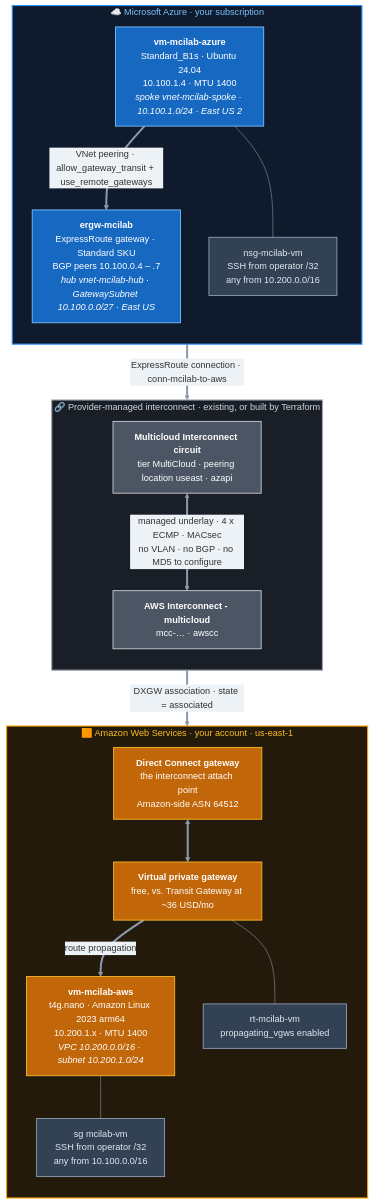
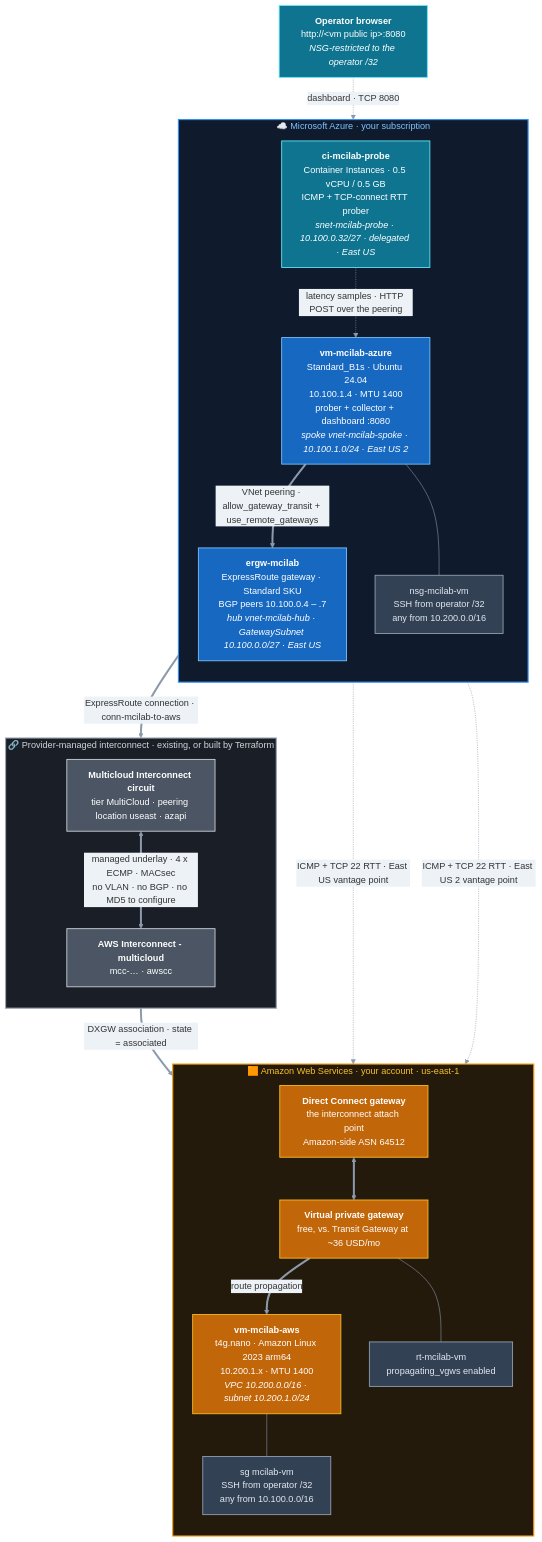
Before and after one commit to dmauser/azure-aws-interconnect-lab: the diagram in README.md, drawn with Mermaid. The commit also changed other lines of this file and 21 other files, not shown here.

````diff
--- a/README.md
+++ b/README.md
@@ -58,45 +59,54 @@
 ```mermaid
 %%{init: {"theme":"base","themeVariables":{"fontFamily":"Segoe UI, Helvetica, Arial, sans-serif","lineColor":"#8C9AAB","edgeLabelBackground":"#EDF2F7"}}}%%
 flowchart TB
     classDef azure  fill:#1668C1,stroke:#7CC3FF,stroke-width:1.5px,color:#FFFFFF
     classDef aws    fill:#C2660A,stroke:#FBBF24,stroke-width:1.5px,color:#FFFFFF
     classDef fabric fill:#4B5563,stroke:#D1D5DB,stroke-width:1.5px,color:#FFFFFF
     classDef net    fill:#334155,stroke:#94A3B8,stroke-width:1.5px,color:#E2E8F0
+    classDef probe  fill:#0E7490,stroke:#67E8F9,stroke-width:1.5px,color:#FFFFFF
+
+    OPERATOR["<b>Operator browser</b><br/>http://&lt;vm public ip&gt;:8080<br/><i>NSG-restricted to the operator /32</i>"]:::probe
 
     subgraph AZURE["☁️ Microsoft Azure · your subscription"]
         direction TB
-        AZVM["<b>vm-mcilab-azure</b><br/>Standard_B1s · Ubuntu 24.04<br/>10.100.1.4 · MTU 1400<br/><i>spoke vnet-mcilab-spoke · 10.100.1.0/24 · East US 2</i>"]:::azure
+        AZVM["<b>vm-mcilab-azure</b><br/>Standard_B1s · Ubuntu 24.04<br/>10.100.1.4 · MTU 1400<br/>prober + collector + dashboard :8080<br/><i>spoke vnet-mcilab-spoke · 10.100.1.0/24 · East US 2</i>"]:::azure
         ERGW["<b>ergw-mcilab</b><br/>ExpressRoute gateway · Standard SKU<br/>BGP peers 10.100.0.4 – .7<br/><i>hub vnet-mcilab-hub · GatewaySubnet 10.100.0.0/27 · East US</i>"]:::azure
+        ACIPROBE["<b>ci-mcilab-probe</b><br/>Container Instances · 0.5 vCPU / 0.5 GB<br/>ICMP + TCP-connect RTT prober<br/><i>snet-mcilab-probe · 10.100.0.32/27 · delegated · East US</i>"]:::probe
         AZSEC["nsg-mcilab-vm<br/>SSH from operator /32<br/>any from 10.200.0.0/16"]:::net
     end
 
     subgraph EDGE["🔗 Provider-managed interconnect · existing, or built by Terraform"]
         direction TB
         CKT["<b>Multicloud Interconnect circuit</b><br/>tier MultiCloud · peering location useast · azapi"]:::fabric
         ICX["<b>AWS Interconnect - multicloud</b><br/>mcc-… · awscc"]:::fabric
     end
 
     subgraph AWSC["🟧 Amazon Web Services · your account · us-east-1"]
         direction TB
         DXGW["<b>Direct Connect gateway</b><br/>the interconnect attach point<br/>Amazon-side ASN 64512"]:::aws
         VGW["<b>Virtual private gateway</b><br/>free, vs. Transit Gateway at ~36 USD/mo"]:::aws
         AWSVM["<b>vm-mcilab-aws</b><br/>t4g.nano · Amazon Linux 2023 arm64<br/>10.200.1.x · MTU 1400<br/><i>VPC 10.200.0.0/16 · subnet 10.200.1.0/24</i>"]:::aws
         AWSSEC["sg mcilab-vm<br/>SSH from operator /32<br/>any from 10.100.0.0/16"]:::net
         RT["rt-mcilab-vm<br/>propagating_vgws enabled"]:::net
     end
 
     AZVM ==>|"VNet peering · allow_gateway_transit + use_remote_gateways"| ERGW
     ERGW ==>|"ExpressRoute connection · conn-mcilab-to-aws"| CKT
     CKT <==>|"managed underlay · 4 x ECMP · MACsec<br/>no VLAN · no BGP · no MD5 to configure"| ICX
     ICX ==>|"DXGW association · state = associated"| DXGW
     DXGW <==> VGW
     VGW ==>|"route propagation"| AWSVM
 
     AZVM --- AZSEC
     AWSVM --- AWSSEC
     VGW --- RT
 
+    ACIPROBE -. "latency samples · HTTP POST over the peering" .-> AZVM
+    OPERATOR -. "dashboard · TCP 8080" .-> AZVM
+    ACIPROBE -. "ICMP + TCP 22 RTT · East US vantage point" .-> AWSVM
+    AZVM -. "ICMP + TCP 22 RTT · East US 2 vantage point" .-> AWSVM
+
     style AZURE fill:#0F1B2D,stroke:#2E90FA,stroke-width:2px,color:#7CC3FF
     style EDGE  fill:#1A1F27,stroke:#9CA3AF,stroke-width:2px,color:#D1D5DB
     style AWSC  fill:#241A0C,stroke:#F59E0B,stroke-width:2px,color:#FBBF24
 ```
````
